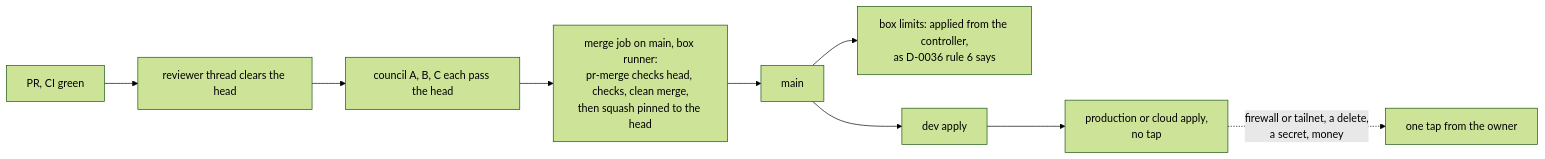
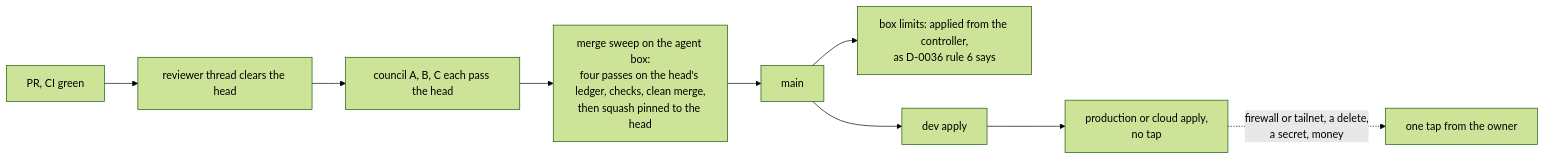
The diagram in docs/decisions/0042-let-agents-approve-every-reversible-change-in-the-owners-place.md (jonhill90/central-hub), drawn with Mermaid (forest theme) before and after one commit. The commit also changed other lines of this file and 9 other files, not shown here.

First line of the commit message:
docs: retire the merge job workflow and accept D-0056 (#372)

````diff
--- a/docs/decisions/0042-let-agents-approve-every-reversible-change-in-the-owners-place.md
+++ b/docs/decisions/0042-let-agents-approve-every-reversible-change-in-the-owners-place.md
@@ -78,11 +78,11 @@
 ```mermaid
 flowchart LR
   pr["PR, CI green"] --> rv["reviewer thread clears the head"]
   rv --> cn["council A, B, C each pass the head"]
-  cn --> job["merge job on main, box runner:<br/>pr-merge checks head, checks, clean merge,<br/>then squash pinned to the head"]
+  cn --> job["merge sweep on the agent box:<br/>four passes on the head's ledger, checks, clean merge,<br/>then squash pinned to the head"]
   job --> main["main"]
   main --> box["box limits: applied from the controller,<br/>as D-0036 rule 6 says"]
   main --> dev["dev apply"]
   dev --> prod["production or cloud apply,<br/>no tap"]
   prod -. "firewall or tailnet, a delete,<br/>a secret, money" .-> tap["one tap from the owner"]
 ```
````
